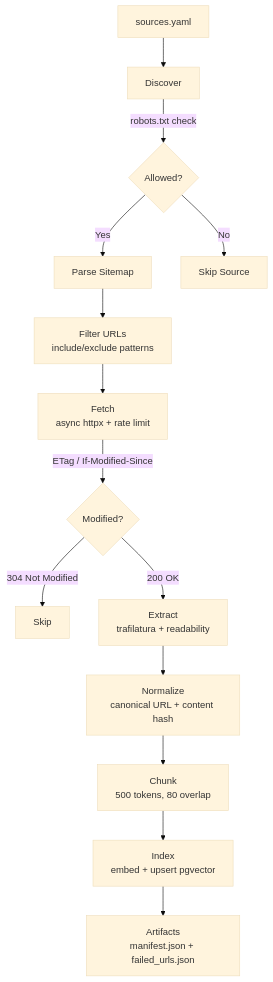
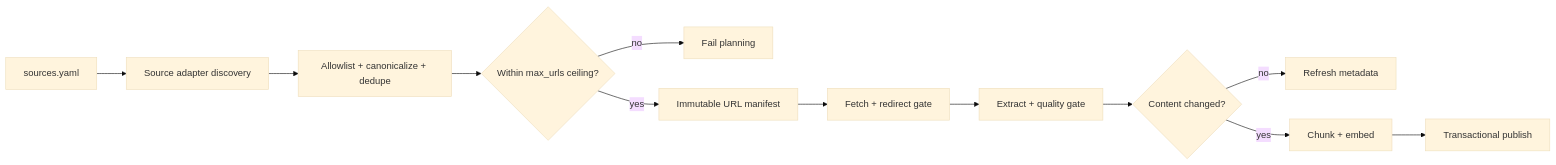
The diagram in docs/ingestion.md (tkim602/BuzzBot-backend), drawn with Mermaid (base theme) before and after one commit. The commit also changed other lines of this file and 298 other files, not shown here.

````diff
--- a/docs/ingestion.md
+++ b/docs/ingestion.md
@@ -9,16 +15,14 @@
 ```mermaid
-flowchart TB
-    A[sources.yaml] --> B[Discover]
-    B -->|robots.txt check| C{Allowed?}
-    C -->|Yes| D[Parse Sitemap]
-    C -->|No| E[Skip Source]
-    D --> F[Filter URLs<br/>include/exclude patterns]
-    F --> G[Fetch<br/>async httpx + rate limit]
-    G -->|ETag / If-Modified-Since| H{Modified?}
-    H -->|304 Not Modified| I[Skip]
-    H -->|200 OK| J[Extract<br/>trafilatura + readability]
-    J --> K[Normalize<br/>canonical URL + content hash]
-    K --> L[Chunk<br/>500 tokens, 80 overlap]
-    L --> M[Index<br/>embed + upsert pgvector]
-    M --> N[Artifacts<br/>manifest.json + failed_urls.json]
+flowchart LR
+    A[sources.yaml] --> B[Source adapter discovery]
+    B --> C[Allowlist + canonicalize + dedupe]
+    C --> D{Within max_urls ceiling?}
+    D -->|no| E[Fail planning]
+    D -->|yes| F[Immutable URL manifest]
+    F --> G[Fetch + redirect gate]
+    G --> H[Extract + quality gate]
+    H --> I{Content changed?}
+    I -->|no| J[Refresh metadata]
+    I -->|yes| K[Chunk + embed]
+    K --> L[Transactional publish]
 ```
````
